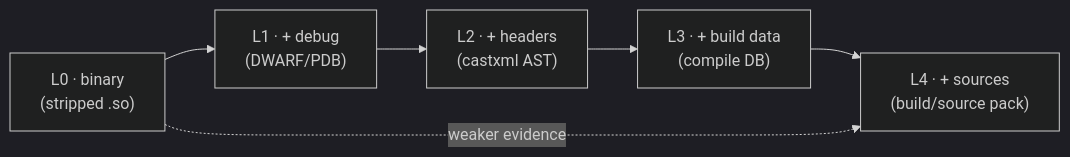
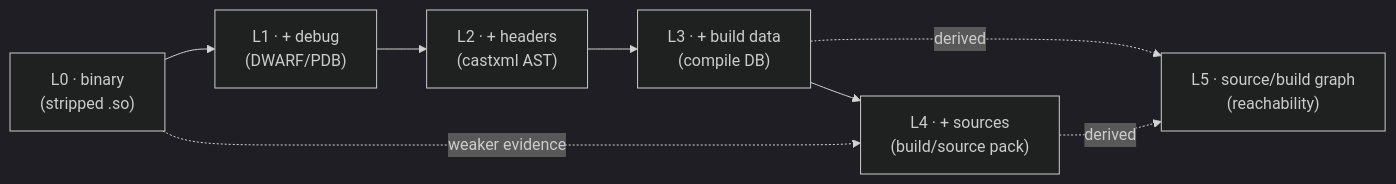
Before and after one commit to abicheck/abicheck: the second of 2 diagrams in docs/concepts/architecture.md, drawn with Mermaid (dark theme). The commit also changed other lines of this file and 4 other files, not shown here.

````diff
--- a/docs/concepts/architecture.md
+++ b/docs/concepts/architecture.md
@@ -78,8 +80,10 @@
 ```mermaid
 flowchart LR
     L0["L0 · binary<br/>(stripped .so)"] --> L1["L1 · + debug<br/>(DWARF/PDB)"]
     L1 --> L2["L2 · + headers<br/>(castxml AST)"]
     L2 --> L3["L3 · + build data<br/>(compile DB)"]
     L3 --> L4["L4 · + sources<br/>(build/source pack)"]
+    L3 -.derived.-> L5["L5 · source/build graph<br/>(reachability)"]
+    L4 -.derived.-> L5
     L0 -.weaker evidence.-> L4
 ```
````
